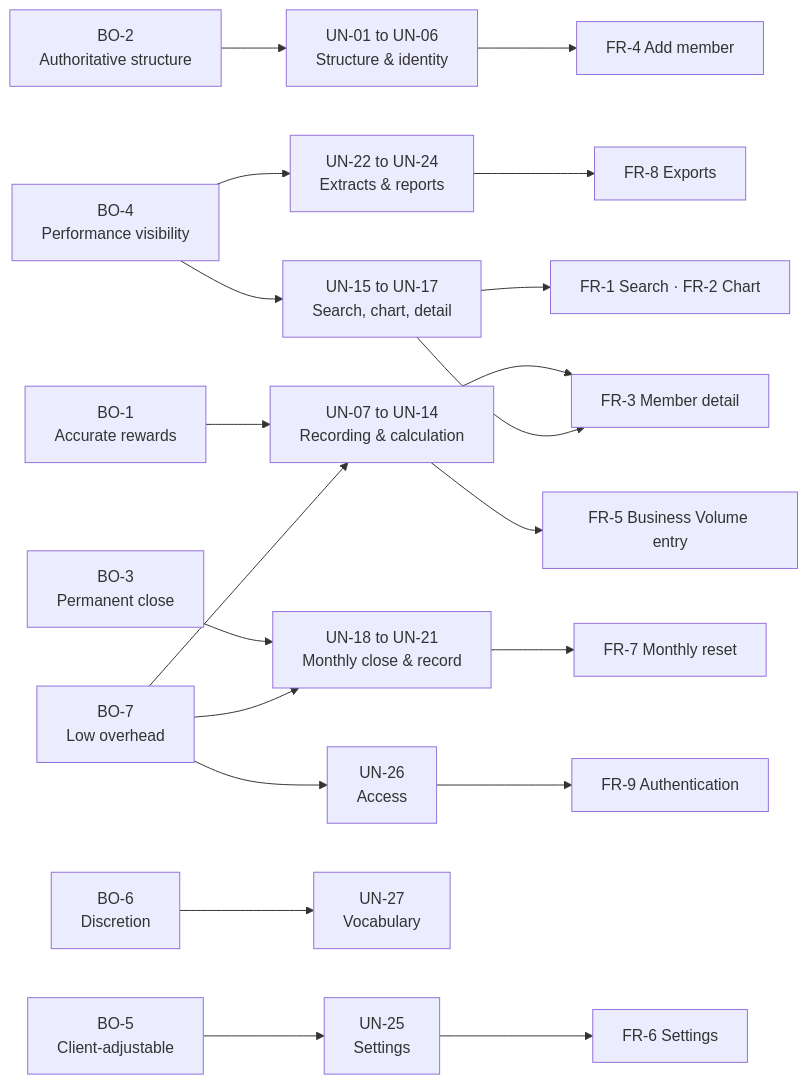
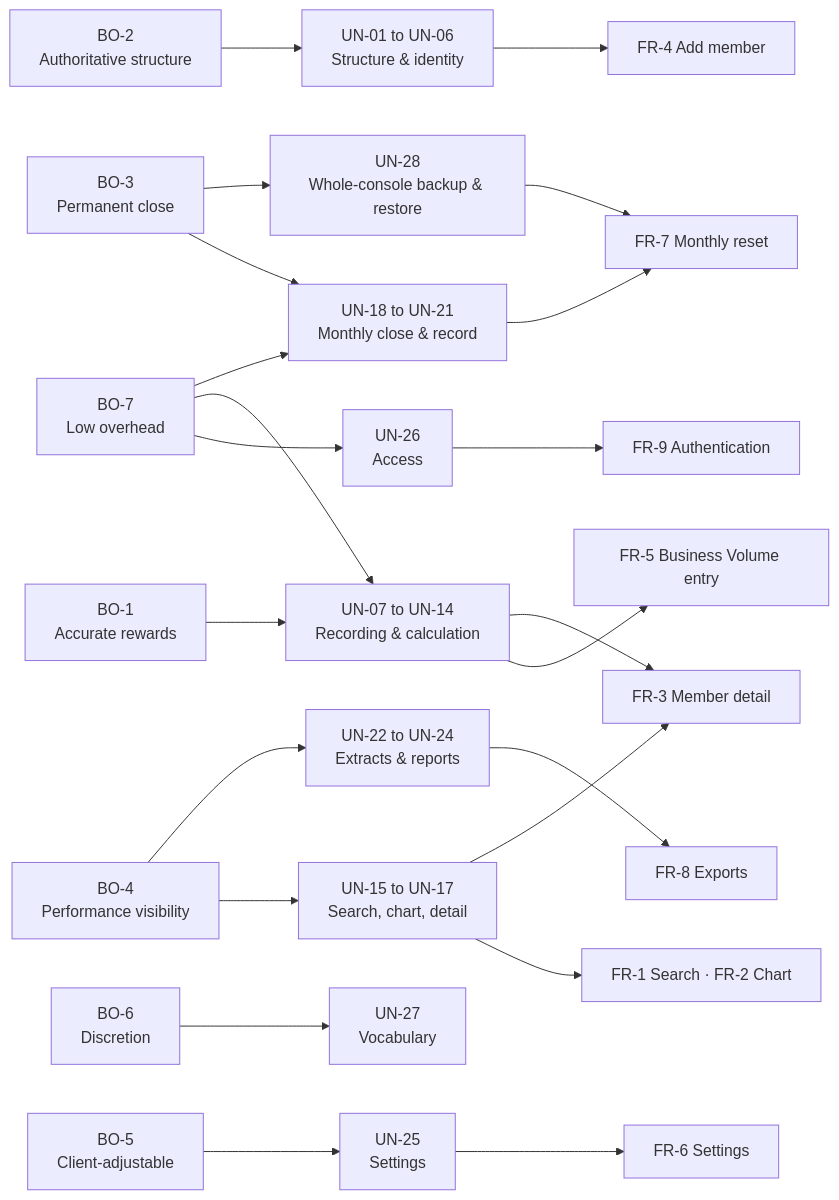
The third of 3 diagrams in documents/business/user-needs-document.md (pkeyur18/distributor-credit-management), drawn with Mermaid before and after one commit. The commit also changed other lines of this file and 13 other files, not shown here.

First line of the commit message:
feat: whole-console backup/restore + first-run flow fix

````diff
--- a/documents/business/user-needs-document.md
+++ b/documents/business/user-needs-document.md
@@ -1302,41 +1319,43 @@
 ```mermaid
 flowchart LR
     BO1["BO-1<br/>Accurate rewards"]
     BO2["BO-2<br/>Authoritative structure"]
     BO3["BO-3<br/>Permanent close"]
     BO4["BO-4<br/>Performance visibility"]
     BO5["BO-5<br/>Client-adjustable"]
     BO6["BO-6<br/>Discretion"]
     BO7["BO-7<br/>Low overhead"]
 
     N_CALC["UN-07 to UN-14<br/>Recording & calculation"]
     N_STRUCT["UN-01 to UN-06<br/>Structure & identity"]
     N_CLOSE["UN-18 to UN-21<br/>Monthly close & record"]
     N_VIEW["UN-15 to UN-17<br/>Search, chart, detail"]
     N_REPORT["UN-22 to UN-24<br/>Extracts & reports"]
     N_CFG["UN-25<br/>Settings"]
     N_LANG["UN-27<br/>Vocabulary"]
     N_ACC["UN-26<br/>Access"]
+    N_BACKUP["UN-28<br/>Whole-console backup & restore"]
 
     F_ENTRY["FR-5 Business Volume entry"]
     F_MEMBER["FR-4 Add member"]
     F_DETAIL["FR-3 Member detail"]
     F_RESET["FR-7 Monthly reset"]
     F_SEARCH["FR-1 Search · FR-2 Chart"]
     F_EXPORT["FR-8 Exports"]
     F_SET["FR-6 Settings"]
     F_AUTH["FR-9 Authentication"]
 
     BO1 --> N_CALC --> F_ENTRY
     N_CALC --> F_DETAIL
     BO2 --> N_STRUCT --> F_MEMBER
     BO3 --> N_CLOSE --> F_RESET
+    BO3 --> N_BACKUP --> F_RESET
     BO4 --> N_VIEW --> F_SEARCH
     N_VIEW --> F_DETAIL
     BO4 --> N_REPORT --> F_EXPORT
     BO5 --> N_CFG --> F_SET
     BO6 --> N_LANG
     BO7 --> N_ACC --> F_AUTH
     BO7 --> N_CALC
     BO7 --> N_CLOSE
 ```
````
